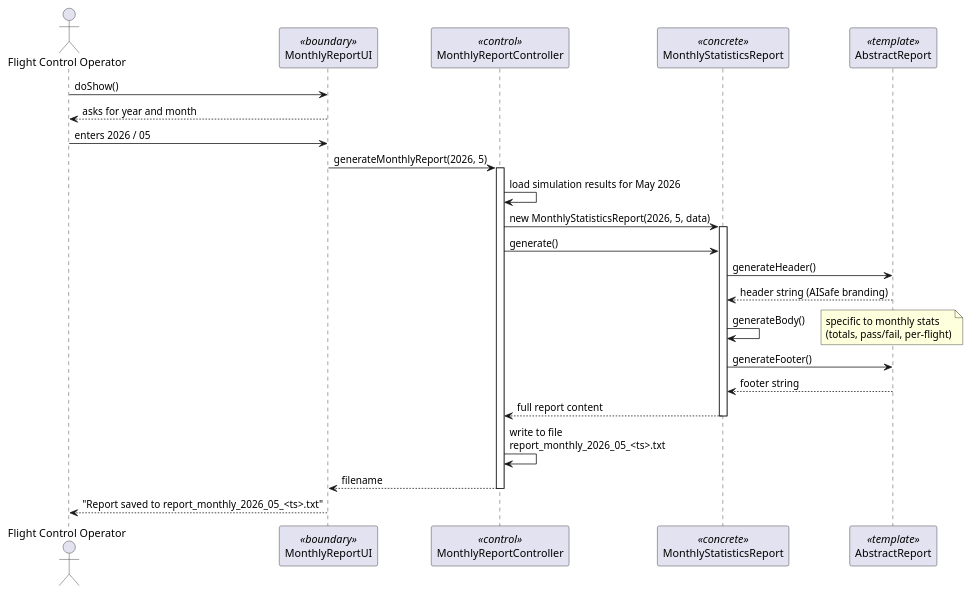
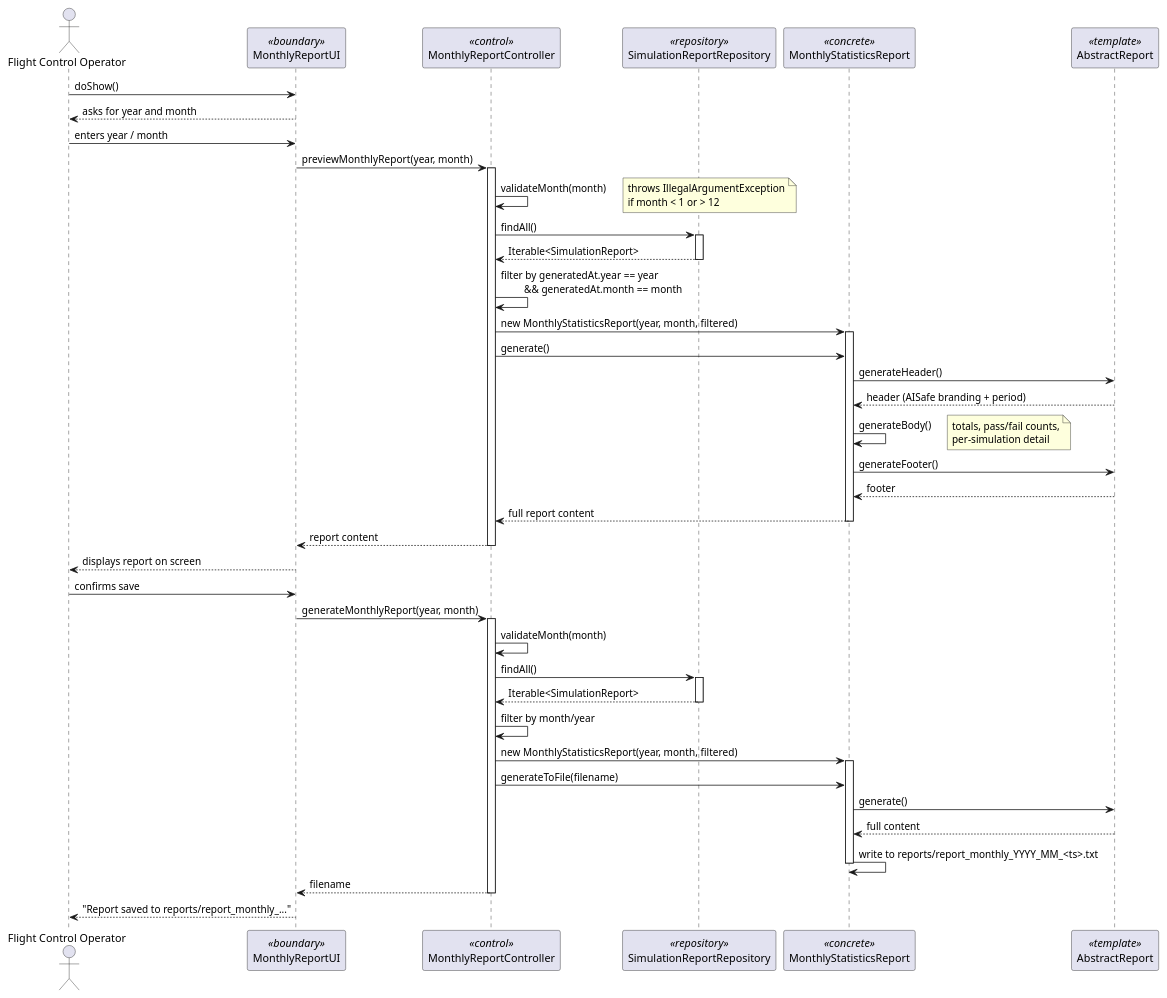
The diagram in docs/Sprint 3/EAPLI/US112/puml/US112-sequence-diagram.puml (DuartePinto1240/sem4pi2526-sem4pi2526_2da2), drawn with PlantUML before and after one commit. The commit also changed 25 other files, not shown here.

```diff
--- a/docs/Sprint 3/EAPLI/US112/puml/US112-sequence-diagram.puml
+++ b/docs/Sprint 3/EAPLI/US112/puml/US112-sequence-diagram.puml
@@ -1,34 +1,62 @@
 @startuml
 actor "Flight Control Operator" as FCO
 participant MonthlyReportUI as UI <<boundary>>
 participant MonthlyReportController as CTRL <<control>>
+participant SimulationReportRepository as REPO <<repository>>
 participant MonthlyStatisticsReport as REPORT <<concrete>>
 participant AbstractReport as BASE <<template>>
 
 FCO -> UI : doShow()
 UI --> FCO : asks for year and month
 
-FCO -> UI : enters 2026 / 05
-UI -> CTRL : generateMonthlyReport(2026, 5)
+FCO -> UI : enters year / month
+UI -> CTRL : previewMonthlyReport(year, month)
 activate CTRL
 
-CTRL -> CTRL : load simulation results for May 2026
-CTRL -> REPORT : new MonthlyStatisticsReport(2026, 5, data)
+CTRL -> CTRL : validateMonth(month)
+note right: throws IllegalArgumentException\nif month < 1 or > 12
+
+CTRL -> REPO : findAll()
+activate REPO
+REPO --> CTRL : Iterable<SimulationReport>
+deactivate REPO
+
+CTRL -> CTRL : filter by generatedAt.year == year\n         && generatedAt.month == month
+CTRL -> REPORT : new MonthlyStatisticsReport(year, month, filtered)
 activate REPORT
-
 CTRL -> REPORT : generate()
 REPORT -> BASE : generateHeader()
-BASE --> REPORT : header string (AISafe branding)
+BASE --> REPORT : header (AISafe branding + period)
 REPORT -> REPORT : generateBody()
-note right: specific to monthly stats\n(totals, pass/fail, per-flight)
+note right: totals, pass/fail counts,\nper-simulation detail
 REPORT -> BASE : generateFooter()
-BASE --> REPORT : footer string
+BASE --> REPORT : footer
 REPORT --> CTRL : full report content
 deactivate REPORT
 
-CTRL -> CTRL : write to file\nreport_monthly_2026_05_<ts>.txt
+CTRL --> UI : report content
+deactivate CTRL
+UI --> FCO : displays report on screen
+
+FCO -> UI : confirms save
+UI -> CTRL : generateMonthlyReport(year, month)
+activate CTRL
+
+CTRL -> CTRL : validateMonth(month)
+CTRL -> REPO : findAll()
+activate REPO
+REPO --> CTRL : Iterable<SimulationReport>
+deactivate REPO
+CTRL -> CTRL : filter by month/year
+CTRL -> REPORT : new MonthlyStatisticsReport(year, month, filtered)
+activate REPORT
+CTRL -> REPORT : generateToFile(filename)
+REPORT -> BASE : generate()
+BASE --> REPORT : full content
+REPORT -> REPORT : write to reports/report_monthly_YYYY_MM_<ts>.txt
+deactivate REPORT
 CTRL --> UI : filename
 deactivate CTRL
 
-UI --> FCO : "Report saved to report_monthly_2026_05_<ts>.txt"
+UI --> FCO : "Report saved to reports/report_monthly_..."
 @enduml
```
